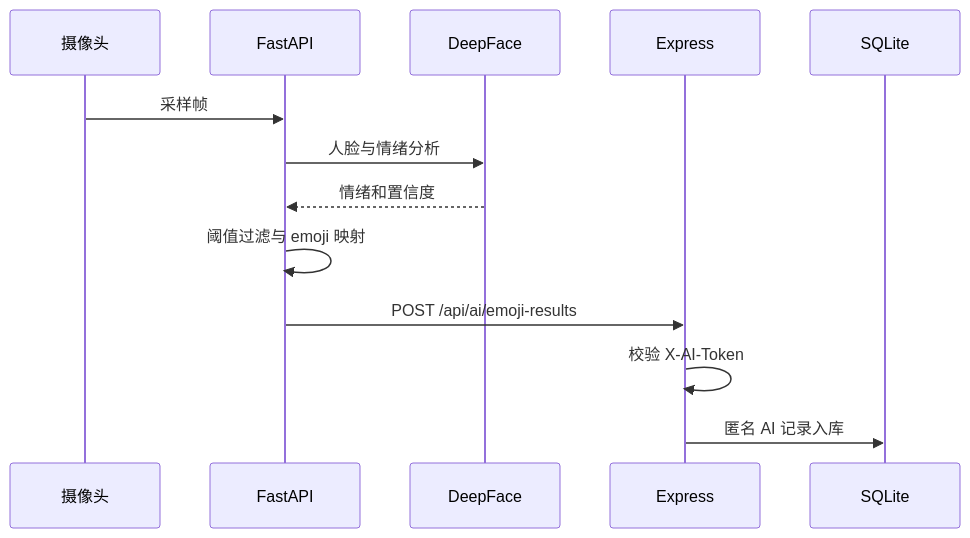
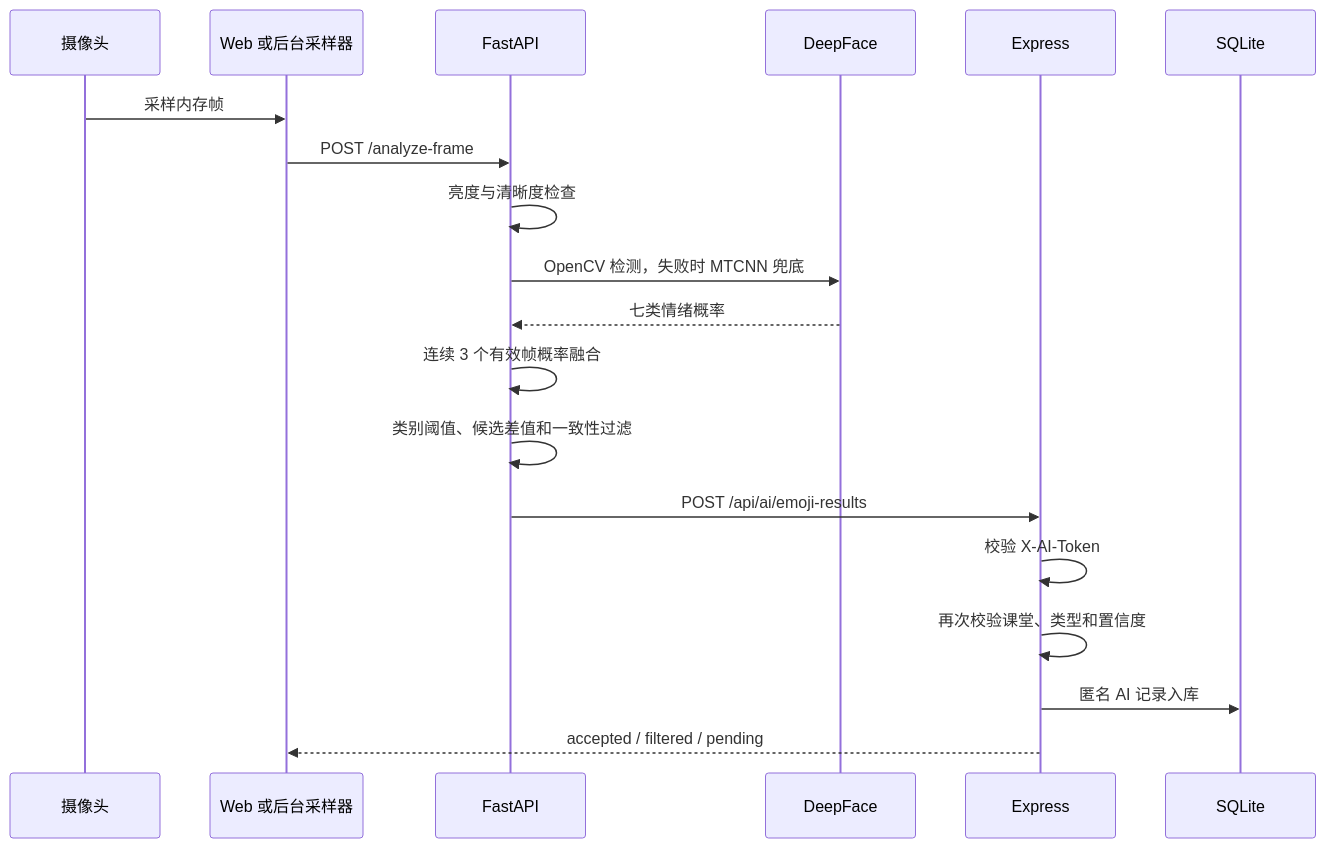
One commit to Qian122/emoji changed the fifth of 8 diagrams in docs/design.md. Above: the diagram before and after it, drawn with Mermaid. The commit also changed other lines of this file and 10 other files, not shown here.

````diff
--- a/docs/design.md
+++ b/docs/design.md
@@ -118,15 +176,21 @@
 ```mermaid
 sequenceDiagram
   participant C as 摄像头
+  participant W as Web 或后台采样器
   participant AI as FastAPI
   participant M as DeepFace
   participant API as Express
   participant DB as SQLite
-  C->>AI: 采样帧
-  AI->>M: 人脸与情绪分析
-  M-->>AI: 情绪和置信度
-  AI->>AI: 阈值过滤与 emoji 映射
+  C->>W: 采样内存帧
+  W->>AI: POST /analyze-frame
+  AI->>AI: 亮度与清晰度检查
+  AI->>M: OpenCV 检测，失败时 MTCNN 兜底
+  M-->>AI: 七类情绪概率
+  AI->>AI: 连续 3 个有效帧概率融合
+  AI->>AI: 类别阈值、候选差值和一致性过滤
   AI->>API: POST /api/ai/emoji-results
   API->>API: 校验 X-AI-Token
+  API->>API: 再次校验课堂、类型和置信度
   API->>DB: 匿名 AI 记录入库
+  API-->>W: accepted / filtered / pending
 ```
````
